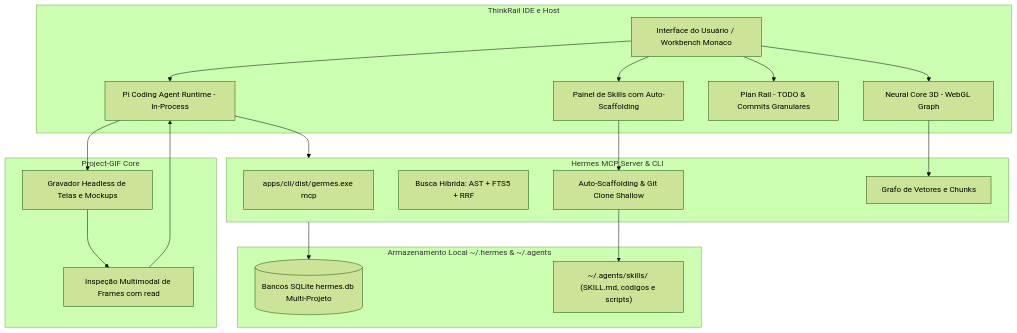
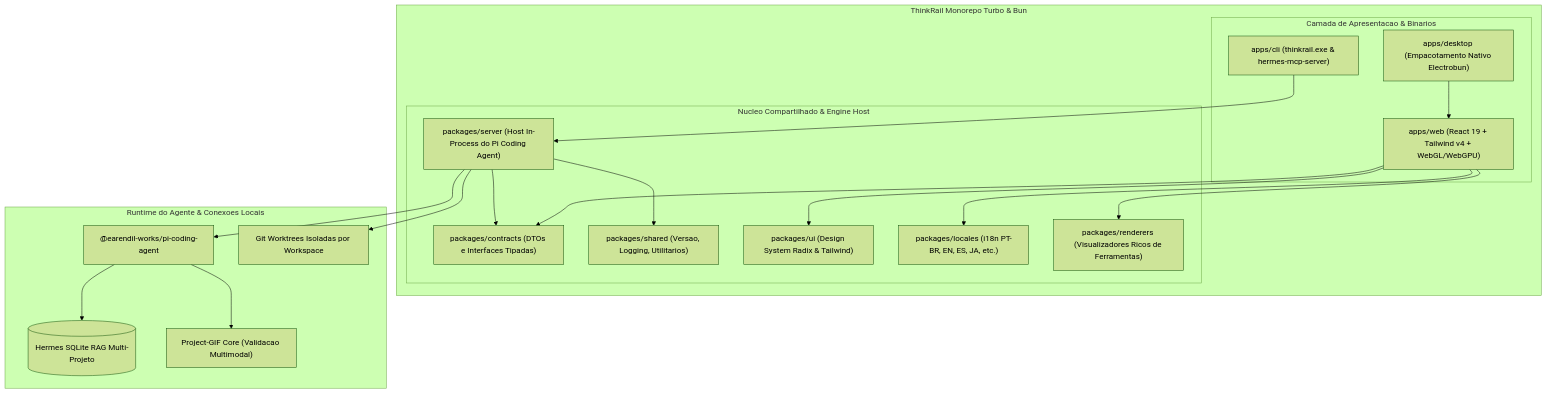
Before and after one commit to Dhousefe/rag_thinkrail: the second of 4 diagrams in README.md, drawn with Mermaid (forest theme). The commit also changed other lines of this file and 9 other files, not shown here.

Commit message:
docs: enrich readme with mermaid architecture, knowledge graphs, and bump to v14.0.2

````diff
--- a/README.md
+++ b/README.md
@@ -77,43 +123,39 @@
 ```mermaid
-flowchart TB
-    subgraph ThinkRail_IDE [ThinkRail IDE e Host]
-        UI[Interface do Usuário / Workbench Monaco]
-        Agent[Pi Coding Agent Runtime - In-Process]
-        NeuralCore[Neural Core 3D - WebGL Graph]
-        PlanRail[Plan Rail - TODO & Commits Granulares]
-        SkillsPanel[Painel de Skills com Auto-Scaffolding]
+graph TD
+    subgraph ThinkRail_Monorepo [ThinkRail Monorepo Turbo & Bun]
+        subgraph Apps [Camada de Apresentacao & Binarios]
+            WebUI["apps/web (React 19 + Tailwind v4 + WebGL/WebGPU)"]
+            DesktopApp["apps/desktop (Empacotamento Nativo Electrobun)"]
+            CliHost["apps/cli (thinkrail.exe & hermes-mcp-server)"]
+        end
+
+        subgraph Core_Packages [Nucleo Compartilhado & Engine Host]
+            Contracts["packages/contracts (DTOs e Interfaces Tipadas)"]
+            Server["packages/server (Host In-Process do Pi Coding Agent)"]
+            Shared["packages/shared (Versao, Logging, Utilitarios)"]
+            UIPrimitives["packages/ui (Design System Radix & Tailwind)"]
+            Locales["packages/locales (i18n PT-BR, EN, ES, JA, etc.)"]
+            Renderers["packages/renderers (Visualizadores Ricos de Ferramentas)"]
+        end
     end
 
-    subgraph Testing_Engine [Project-GIF Core]
-        GifRecorder[Gravador Headless de Telas e Mockups]
-        MultimodalEval[Inspeção Multimodal de Frames com read]
+    subgraph External_Runtime [Runtime do Agente & Conexoes Locais]
+        PiAgent["@earendil-works/pi-coding-agent"]
+        HermesRAG[("Hermes SQLite RAG Multi-Projeto")]
+        GitWorktrees["Git Worktrees Isoladas por Workspace"]
+        VisualTester["Project-GIF Core (Validacao Multimodal)"]
     end
 
-    subgraph Hermes_MCP [Hermes MCP Server & CLI]
-        GermesExe["apps/cli/dist/germes.exe mcp"]
-        CodeSearch[Busca Híbrida: AST + FTS5 + RRF]
-        SkillInstaller[Auto-Scaffolding & Git Clone Shallow]
-        VectorGraph[Grafo de Vetores e Chunks]
-    end
-
-    subgraph Storage [Armazenamento Local ~/.hermes & ~/.agents]
-        DB[("Bancos SQLite hermes.db Multi-Projeto")]
-        SkillsDir["~/.agents/skills/ (SKILL.md, códigos e scripts)"]
-    end
-
-    UI --> Agent
-    UI --> NeuralCore
-    UI --> PlanRail
-    UI --> SkillsPanel
-
-    Agent --> Hermes_MCP
-    SkillsPanel --> SkillInstaller
-    SkillInstaller --> SkillsDir
-    NeuralCore --> VectorGraph
-
-    Agent --> GifRecorder
-    GifRecorder --> MultimodalEval
-    MultimodalEval --> Agent
-
-    Hermes_MCP --> DB
+    WebUI --> Contracts
+    WebUI --> UIPrimitives
+    WebUI --> Locales
+    WebUI --> Renderers
+    DesktopApp --> WebUI
+    CliHost --> Server
+    Server --> Contracts
+    Server --> Shared
+    Server --> PiAgent
+    Server --> GitWorktrees
+    PiAgent --> HermesRAG
+    PiAgent --> VisualTester
 ```
````
